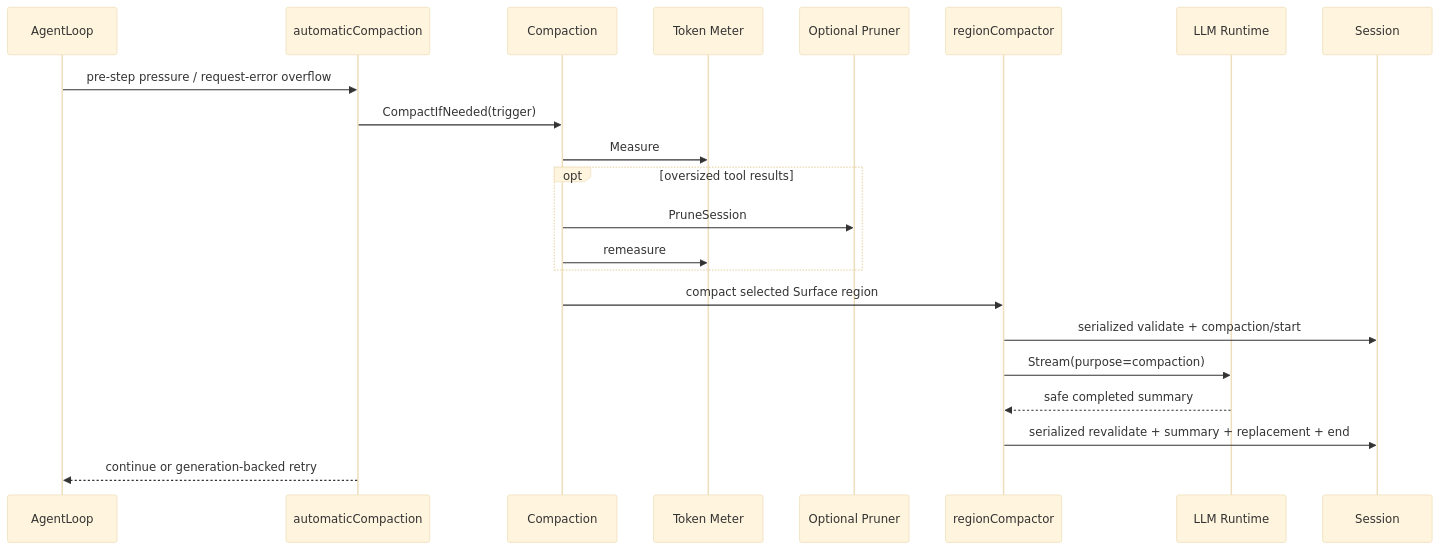
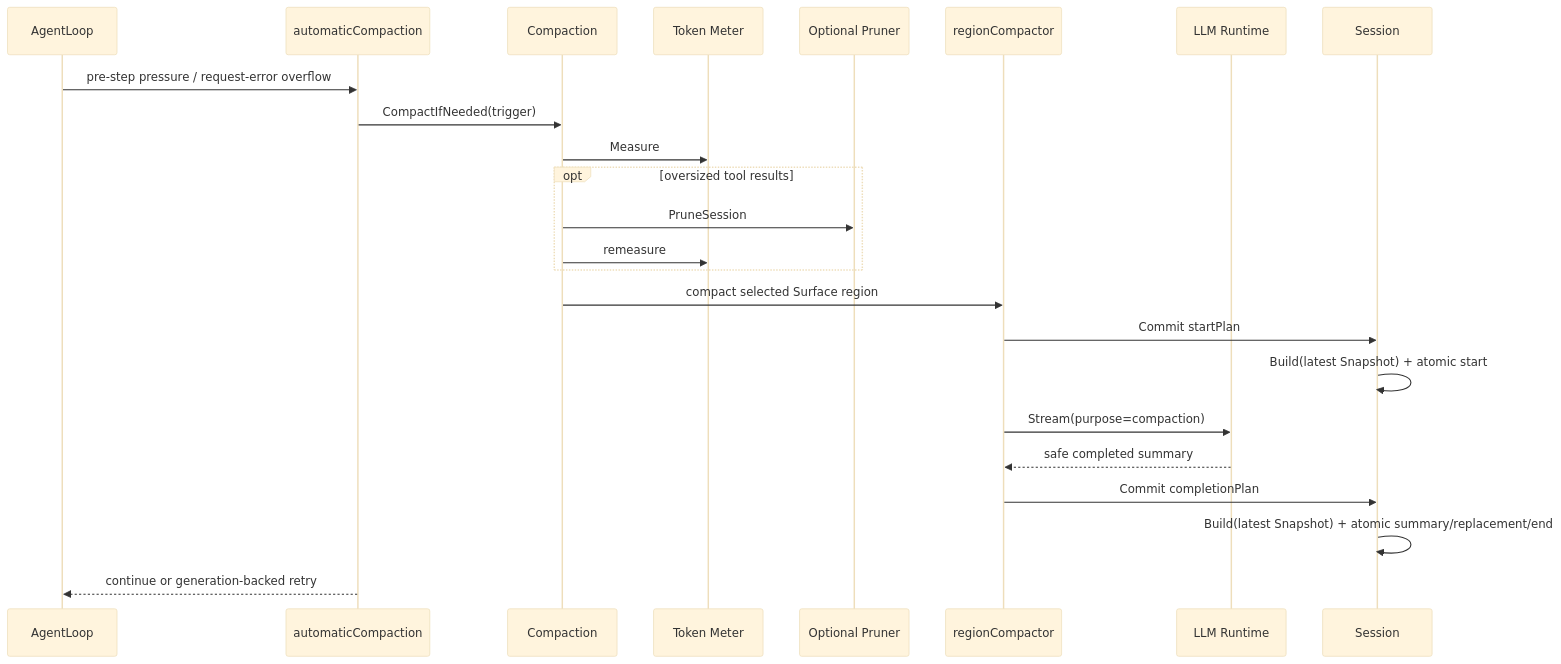
One commit to gorenx/goren changed the second of 2 diagrams in compaction/basic/README.zh-CN.md. Above: the diagram before and after it, drawn with Mermaid (base theme). The commit also changed 20 other files, not shown here.

Commit message:
docs(session): document coordinated write architecture

````diff
--- a/compaction/basic/README.zh-CN.md
+++ b/compaction/basic/README.zh-CN.md
@@ -32,25 +32,27 @@
 ```mermaid
 sequenceDiagram
     participant L as AgentLoop
     participant A as automaticCompaction
     participant C as Compaction
     participant M as Token Meter
     participant P as Optional Pruner
     participant R as regionCompactor
     participant LLM as LLM Runtime
     participant S as Session
 
     L->>A: pre-step pressure / request-error overflow
     A->>C: CompactIfNeeded(trigger)
     C->>M: Measure
     opt oversized tool results
         C->>P: PruneSession
         C->>M: remeasure
     end
     C->>R: compact selected Surface region
-    R->>S: serialized validate + compaction/start
+    R->>S: Commit startPlan
+    S->>S: Build(latest Snapshot) + atomic start
     R->>LLM: Stream(purpose=compaction)
     LLM-->>R: safe completed summary
-    R->>S: serialized revalidate + summary + replacement + end
+    R->>S: Commit completionPlan
+    S->>S: Build(latest Snapshot) + atomic summary/replacement/end
     A-->>L: continue or generation-backed retry
 ```
````
